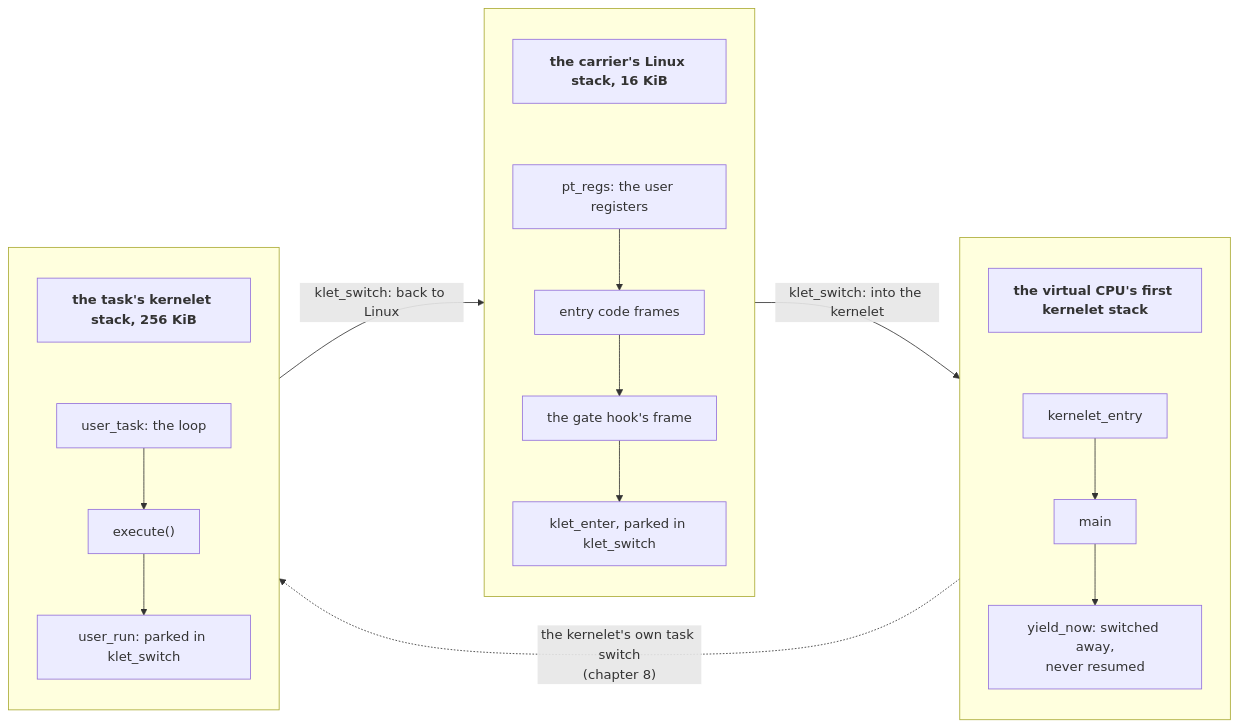
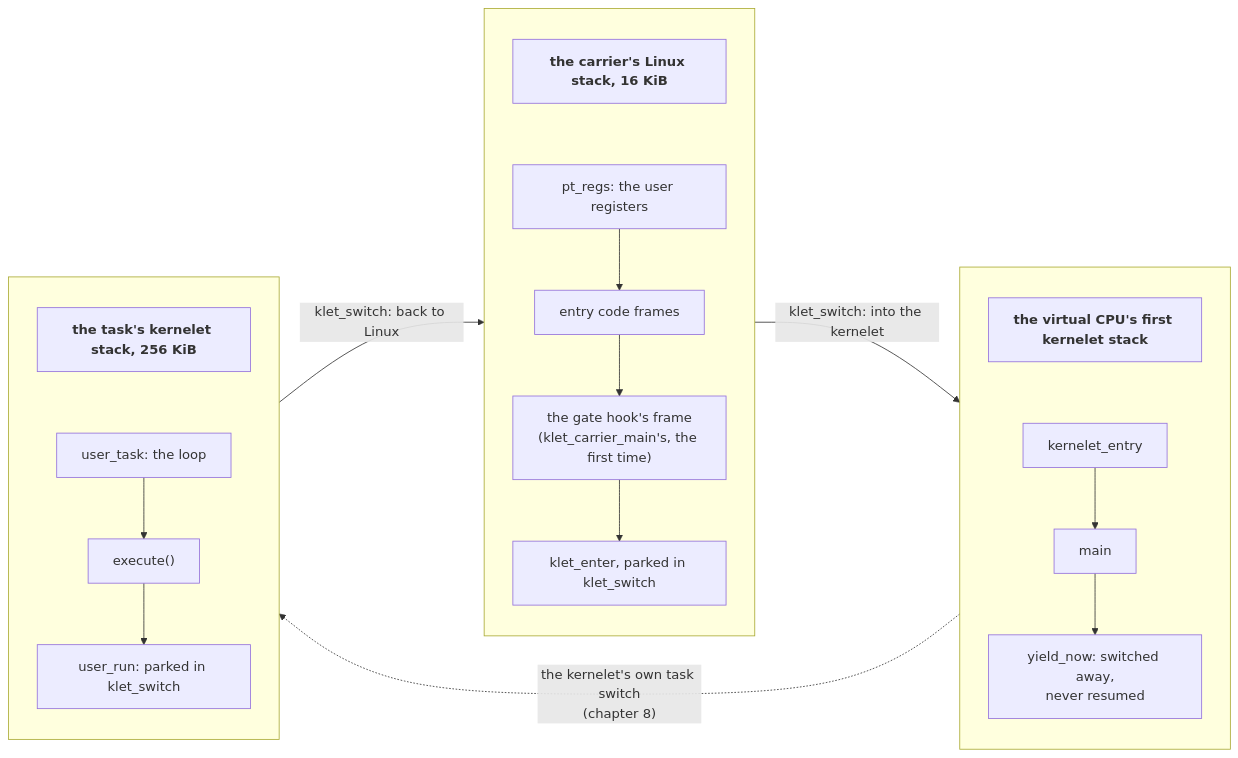
Before and after one commit to Plucky923/kernelet: the diagram in src/two-stacks.md, drawn with Mermaid. The commit also changed other lines of this file and 33 other files, not shown here.

````diff
--- a/src/two-stacks.md
+++ b/src/two-stacks.md
@@ -17,18 +17,18 @@
 ```mermaid
 flowchart LR
     subgraph L[" "]
         direction TB
-        l0["<b>the carrier's Linux stack, 16 KiB</b>"] ~~~ l1["pt_regs: the user registers"] --> l2["entry code frames"] --> l3["the gate hook's frame"] --> l4["klet_enter, parked in klet_switch"]
+        l0["<b>the carrier's Linux stack, 16 KiB</b>"] ~~~ l1["pt_regs: the user registers"] --> l2["entry code frames"] --> l3["the gate hook's frame<br/>(klet_carrier_main's, the first time)"] --> l4["klet_enter, parked in klet_switch"]
     end
     subgraph B[" "]
         direction TB
         b0["<b>the virtual CPU's first kernelet stack</b>"] ~~~ b1["kernelet_entry"] --> b2["main"] --> b3["yield_now: switched away,<br/>never resumed"]
     end
     subgraph K[" "]
         direction TB
         k0["<b>the task's kernelet stack, 256 KiB</b>"] ~~~ k1["user_task: the loop"] --> k2["execute()"] --> k3["user_run: parked in klet_switch"]
     end
     L -- "klet_switch: into the kernelet" --> B
     B -. "the kernelet's own task switch<br/>(chapter 8)" .-> K
     K -- "klet_switch: back to Linux" --> L
 ```
````
